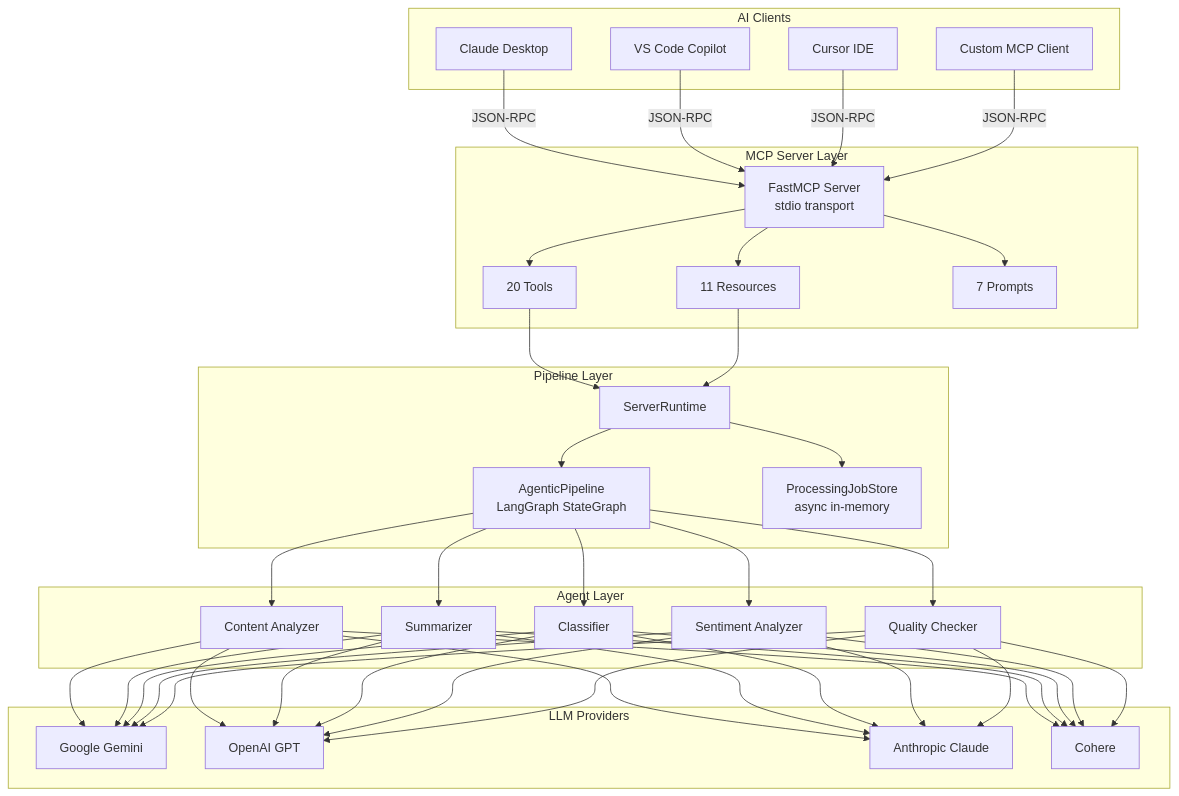
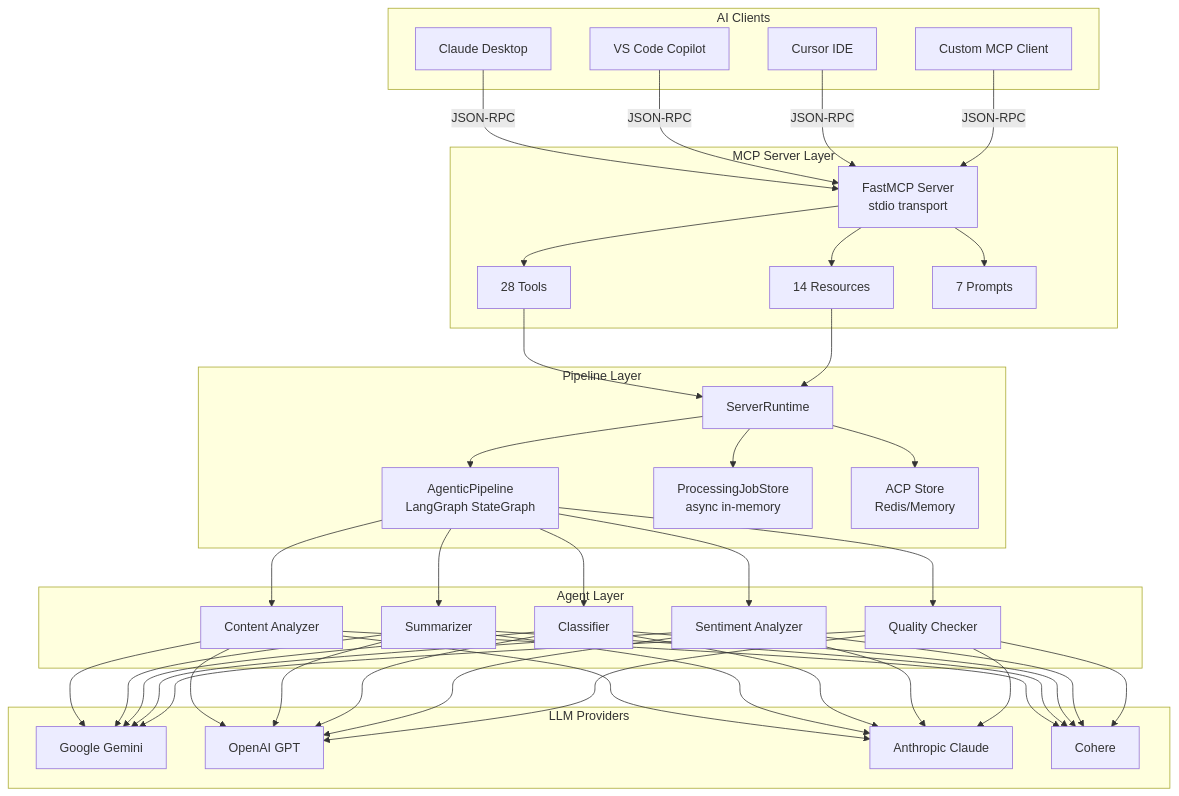
The first of 22 diagrams in AGENTIC-AI.md (hoangsonww/AI-Gov-Content-Curator), drawn with Mermaid before and after one commit. The commit also changed other lines of this file and 25 other files, not shown here.

First line of the commit message:
feat: add ACP agent messaging protocol, Redis backend, and MCP integration

````diff
--- a/AGENTIC-AI.md
+++ b/AGENTIC-AI.md
@@ -71,44 +59,45 @@
 ```mermaid
 graph TB
     subgraph "AI Clients"
         Claude["Claude Desktop"]
         VSCode["VS Code Copilot"]
         Cursor["Cursor IDE"]
         Custom["Custom MCP Client"]
     end
 
     subgraph "MCP Server Layer"
         MCP["FastMCP Server<br/>stdio transport"]
-        Tools["20 Tools"]
-        Resources["11 Resources"]
+        Tools["28 Tools"]
+        Resources["14 Resources"]
         Prompts["7 Prompts"]
     end
 
     subgraph "Pipeline Layer"
         Runtime["ServerRuntime"]
         Pipeline["AgenticPipeline<br/>LangGraph StateGraph"]
         JobStore["ProcessingJobStore<br/>async in-memory"]
+        ACPStore["ACP Store<br/>Redis/Memory"]
     end
 
     subgraph "Agent Layer"
         CA["Content Analyzer"]
         SUM["Summarizer"]
         CLS["Classifier"]
         SA["Sentiment Analyzer"]
         QC["Quality Checker"]
     end
 
     subgraph "LLM Providers"
         Google["Google Gemini"]
         OpenAI["OpenAI GPT"]
         Anthropic["Anthropic Claude"]
         Cohere["Cohere"]
     end
 
     Claude & VSCode & Cursor & Custom -->|JSON-RPC| MCP
     MCP --> Tools & Resources & Prompts
     Tools & Resources --> Runtime
-    Runtime --> Pipeline & JobStore
+    Runtime --> Pipeline & JobStore & ACPStore
     Pipeline --> CA & SUM & CLS & SA & QC
     CA & SUM & CLS & SA & QC --> Google & OpenAI & Anthropic & Cohere
 ```
````
